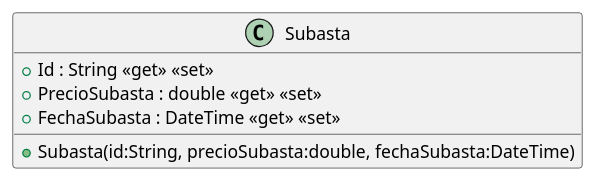
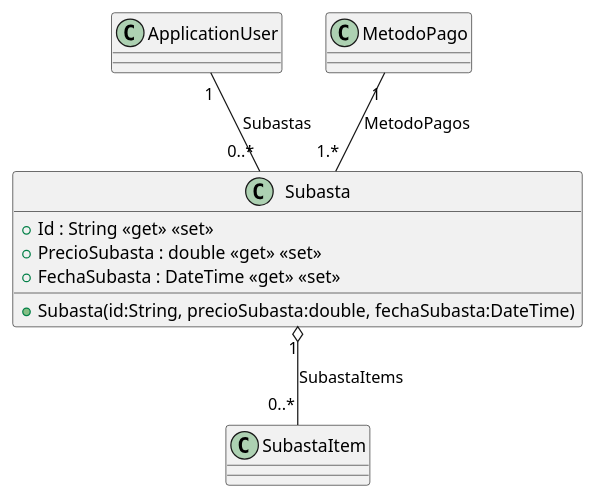
Before and after one commit to ISII2627LosElnes/ISII2627LosElnes: the diagram in src/AppForSEII.API/ClassDiagram/Subasta.puml, drawn with PlantUML. The commit also changed 3 other files, not shown here.

Commit message:
Se han modificado subasta.puml, Libro.puml, CU-SubastaLibros.puml y creado SubastaItem.puml

```diff
--- a/src/AppForSEII.API/ClassDiagram/Subasta.puml
+++ b/src/AppForSEII.API/ClassDiagram/Subasta.puml
@@ -1,8 +1,13 @@
 @startuml
 class Subasta {
     + Subasta(id:String, precioSubasta:double, fechaSubasta:DateTime)
     + Id : String <<get>> <<set>>
     + PrecioSubasta : double <<get>> <<set>>
     + FechaSubasta : DateTime <<get>> <<set>>
 }
+
+Subasta "1" o-- "0..*" SubastaItem: SubastaItems
+ ApplicationUser "1" -- "0..*" Subasta : Subastas
+ MetodoPago "1" -- "1.*" Subasta : MetodoPagos
+
 @enduml
```
